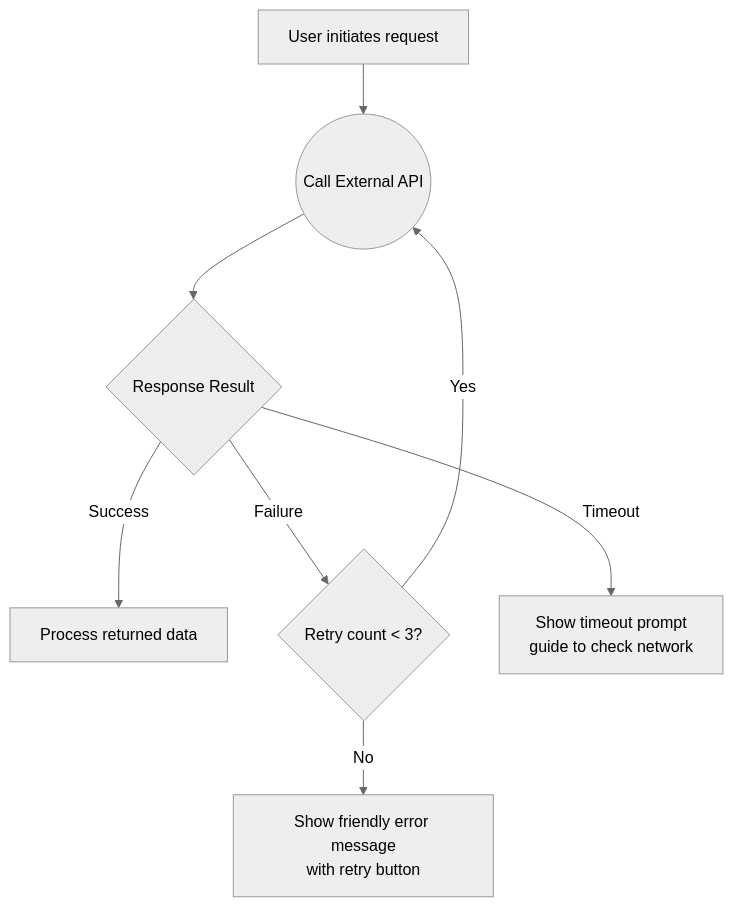
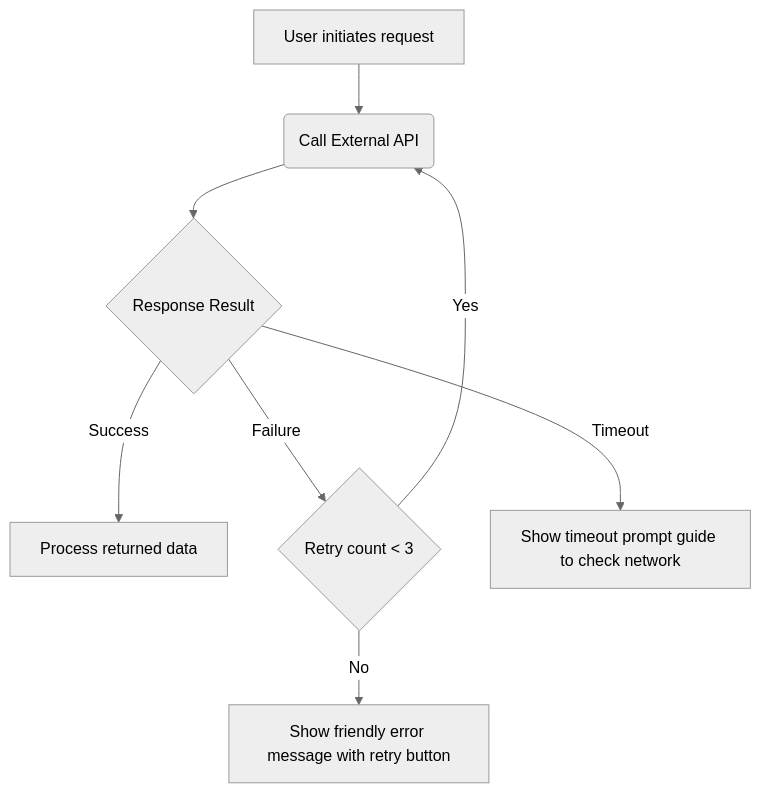
One commit to sacrtap/Opc_Kit changed the second of 6 diagrams in create-prd/references/mermaid-rules.md. Above: the diagram before and after it, drawn with Mermaid (neutral theme). The commit also changed other lines of this file and 4 other files, not shown here.

First line of the commit message:
feat(create-prd): mermaid cross-engine compatibility, scoring weight fix, mandatory re-scoring

````diff
--- a/create-prd/references/mermaid-rules.md
+++ b/create-prd/references/mermaid-rules.md
@@ -105,10 +106,10 @@
 ```mermaid
 flowchart TD
-    A[User initiates request] --> B((Call External API))
+    A[User initiates request] --> B(Call External API)
     B --> C{Response Result}
     C -->|Success| D[Process returned data]
-    C -->|Failure| E{Retry count < 3?}
+    C -->|Failure| E{Retry count < 3}
     E -->|Yes| B
-    E -->|No| F[Show friendly error message<br/>with retry button]
-    C -->|Timeout| G[Show timeout prompt<br/>guide to check network]
+    E -->|No| F[Show friendly error message with retry button]
+    C -->|Timeout| G[Show timeout prompt guide to check network]
 ```
````
